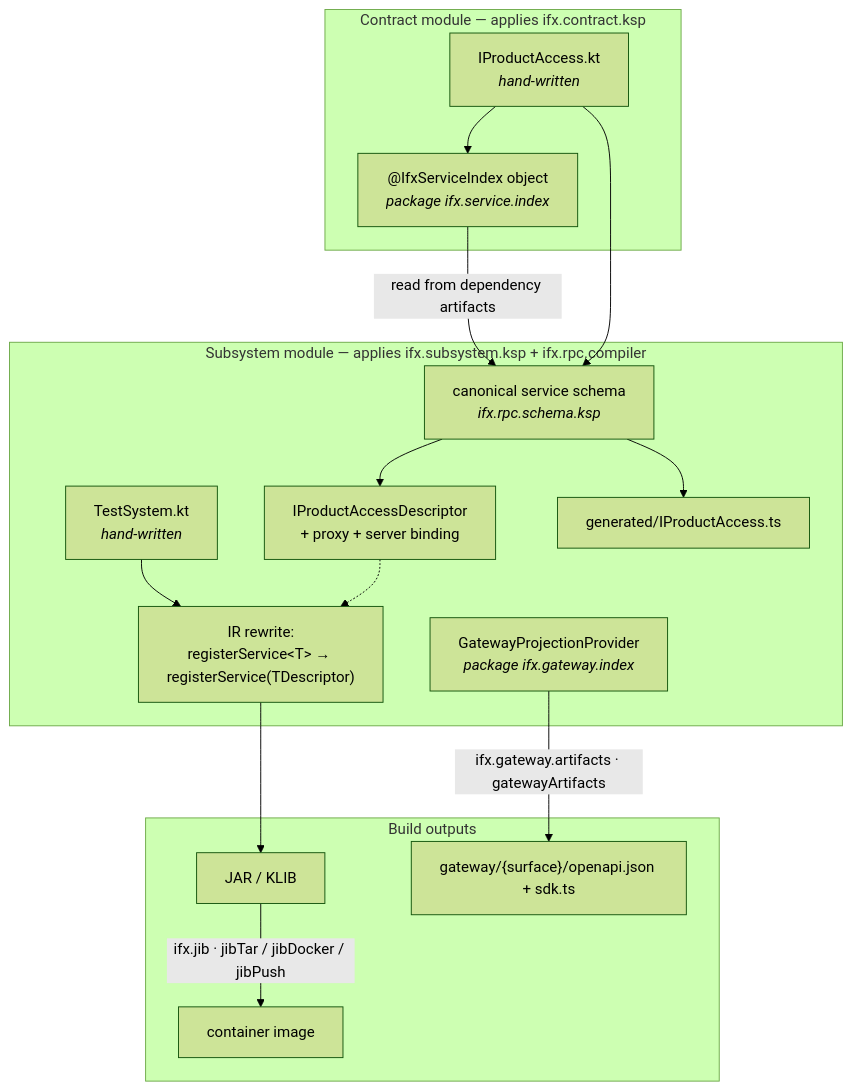
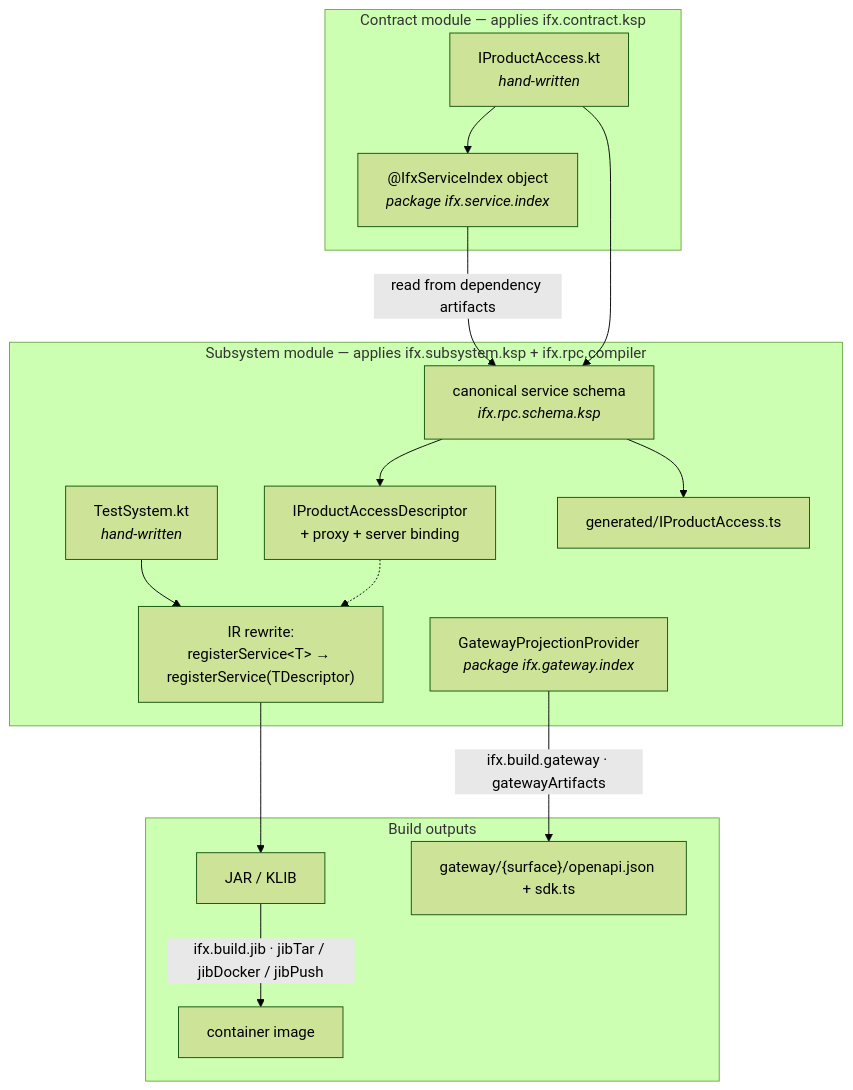
One commit to carbide-ifx/carbide changed the sixth of 10 diagrams in docs/diagrams.md. Above: the diagram before and after it, drawn with Mermaid (forest theme). The commit also changed other lines of this file and 57 other files, not shown here.

````diff
--- a/docs/diagrams.md
+++ b/docs/diagrams.md
@@ -267,33 +267,33 @@
 ```mermaid
 flowchart TB
     subgraph m1["Contract module — applies ifx.contract.ksp"]
         a1["IProductAccess.kt<br/><i>hand-written</i>"]
         a2["@IfxServiceIndex object<br/><i>package ifx.service.index</i>"]
         a1 --> a2
     end
 
     subgraph m2["Subsystem module — applies ifx.subsystem.ksp + ifx.rpc.compiler"]
         b0["TestSystem.kt<br/><i>hand-written</i>"]
         bs["canonical service schema<br/><i>ifx.rpc.schema.ksp</i>"]
         b1["IProductAccessDescriptor<br/>+ proxy + server binding"]
         b2["GatewayProjectionProvider<br/><i>package ifx.gateway.index</i>"]
         b3["generated/IProductAccess.ts"]
         b4["IR rewrite:<br/>registerService&lt;T&gt; → registerService(TDescriptor)"]
         b0 --> b4
         bs --> b1
         bs --> b3
         b1 -.-> b4
     end
 
     subgraph out["Build outputs"]
         o1["JAR / KLIB"]
         o2["gateway/{surface}/openapi.json + sdk.ts"]
         o3["container image"]
     end
 
     a2 -->|"read from dependency artifacts"| bs
     a1 --> bs
     b4 --> o1
-    b2 -->|"ifx.gateway.artifacts · gatewayArtifacts"| o2
-    o1 -->|"ifx.jib · jibTar / jibDocker / jibPush"| o3
+    b2 -->|"ifx.build.gateway · gatewayArtifacts"| o2
+    o1 -->|"ifx.build.jib · jibTar / jibDocker / jibPush"| o3
 ```
````
